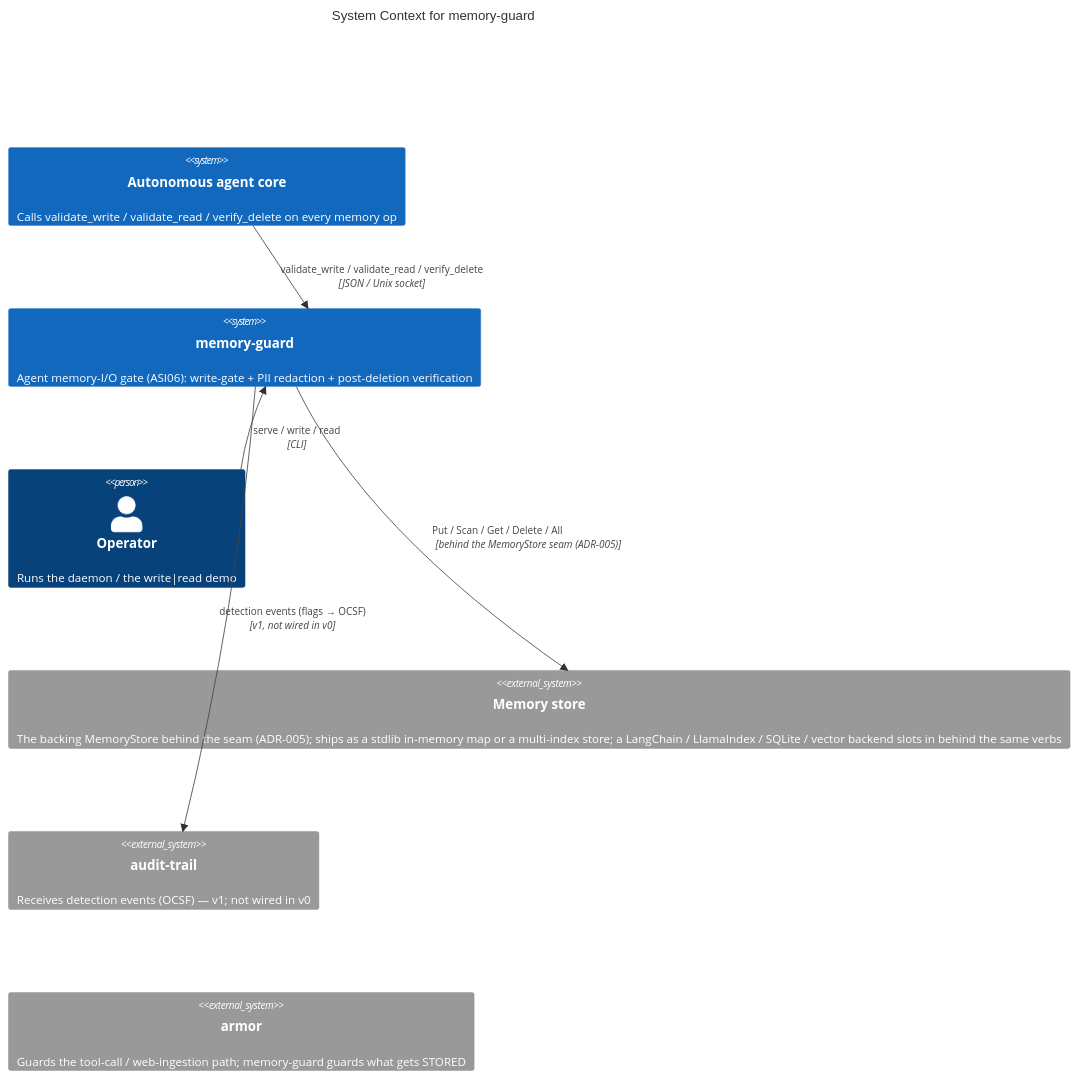
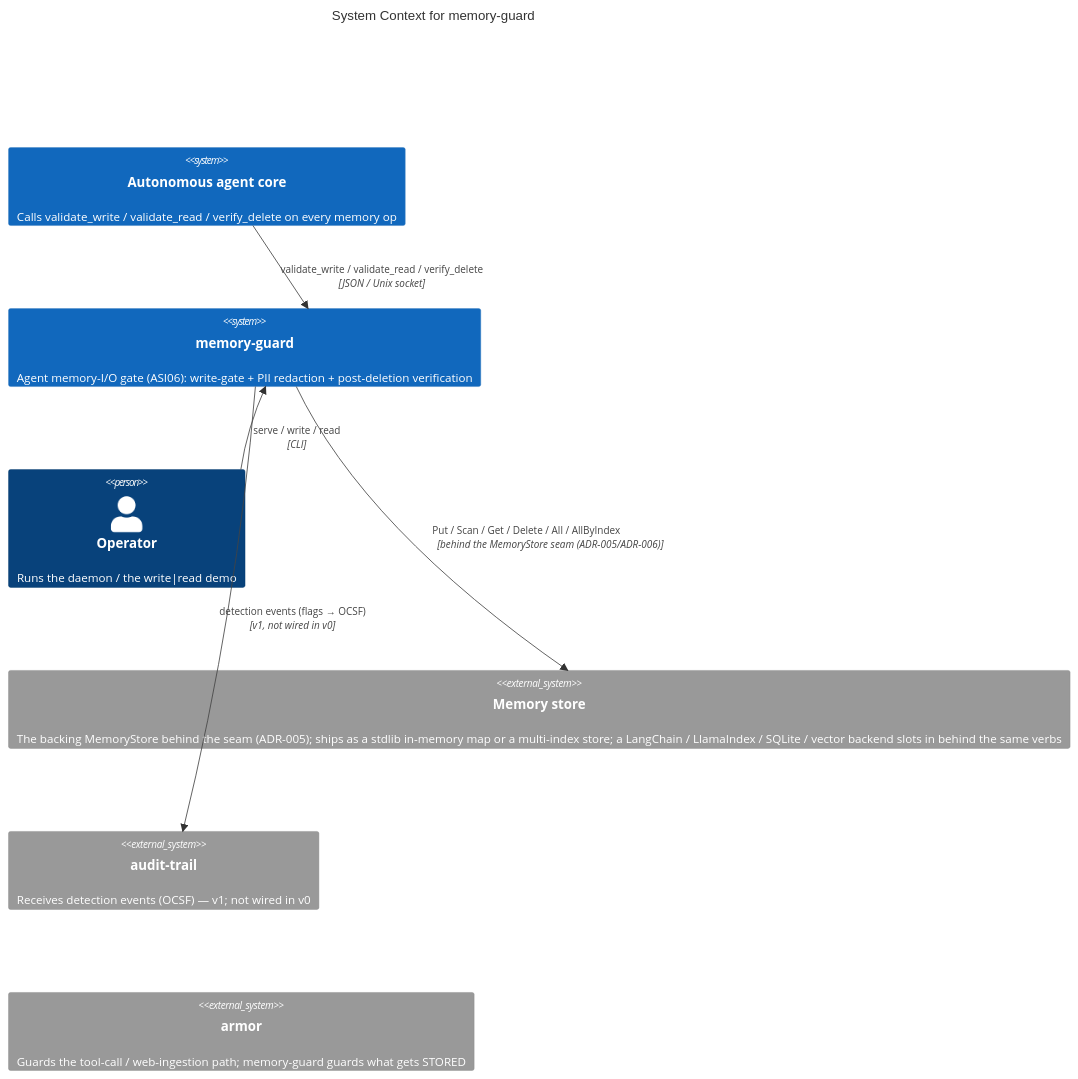
The first of 3 diagrams in docs/architecture/diagrams.md (tkdtaylor/memory-guard), drawn with Mermaid before and after one commit. The commit also changed other lines of this file and 10 other files, not shown here.

````diff
--- a/docs/architecture/diagrams.md
+++ b/docs/architecture/diagrams.md
@@ -24,17 +24,17 @@
 ```mermaid
 C4Context
     title System Context for memory-guard
 
     System(agent, "Autonomous agent core", "Calls validate_write / validate_read / verify_delete on every memory op")
     System(memguard, "memory-guard", "Agent memory-I/O gate (ASI06): write-gate + PII redaction + post-deletion verification")
     Person(operator, "Operator", "Runs the daemon / the write|read demo")
 
     System_Ext(store, "Memory store", "The backing MemoryStore behind the seam (ADR-005); ships as a stdlib in-memory map or a multi-index store; a LangChain / LlamaIndex / SQLite / vector backend slots in behind the same verbs")
     System_Ext(audit, "audit-trail", "Receives detection events (OCSF) — v1; not wired in v0")
     System_Ext(armor, "armor", "Guards the tool-call / web-ingestion path; memory-guard guards what gets STORED")
 
     Rel(agent, memguard, "validate_write / validate_read / verify_delete", "JSON / Unix socket")
     Rel(operator, memguard, "serve / write / read", "CLI")
-    Rel(memguard, store, "Put / Scan / Get / Delete / All", "behind the MemoryStore seam (ADR-005)")
+    Rel(memguard, store, "Put / Scan / Get / Delete / All / AllByIndex", "behind the MemoryStore seam (ADR-005/ADR-006)")
     Rel(memguard, audit, "detection events (flags → OCSF)", "v1, not wired in v0")
 ```
````
